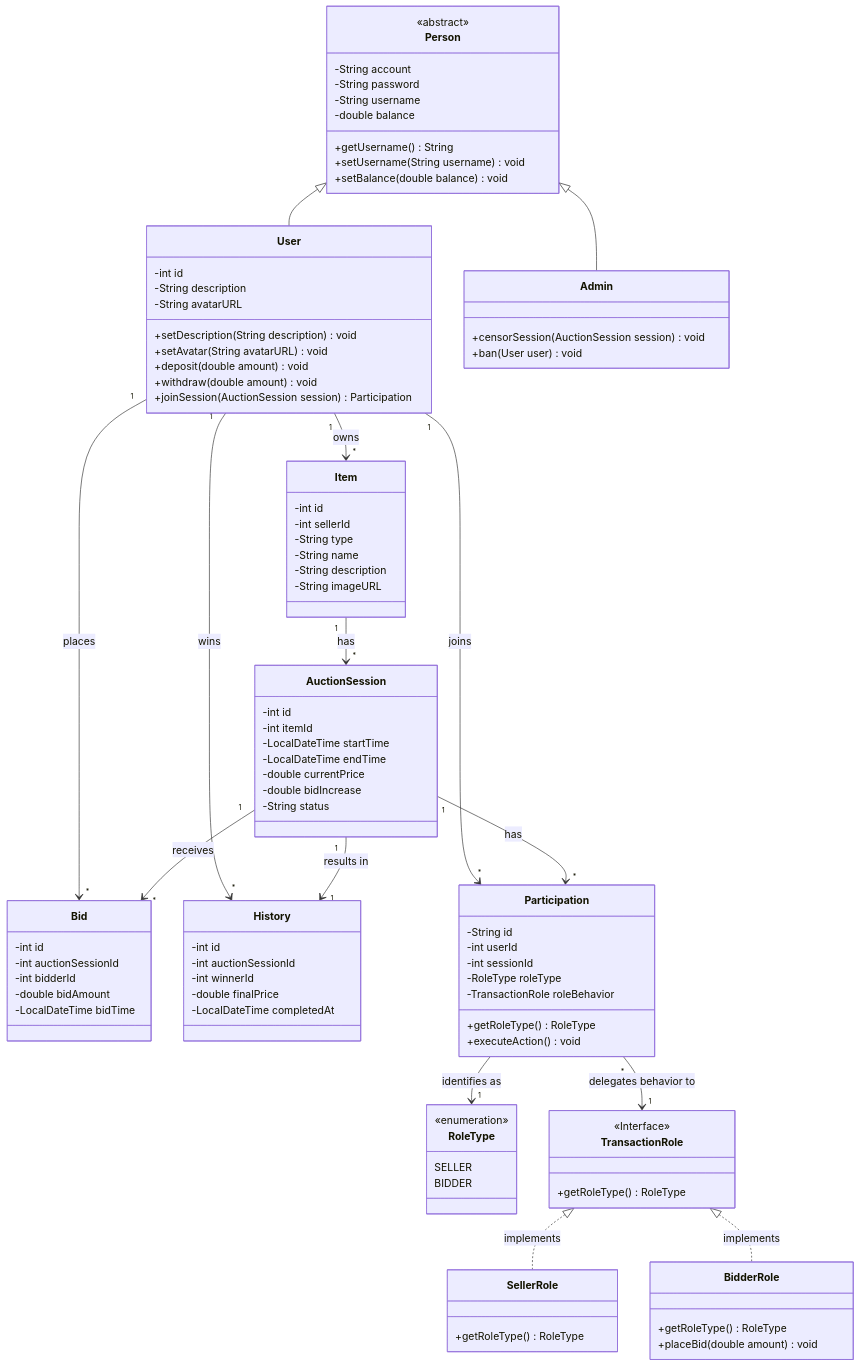
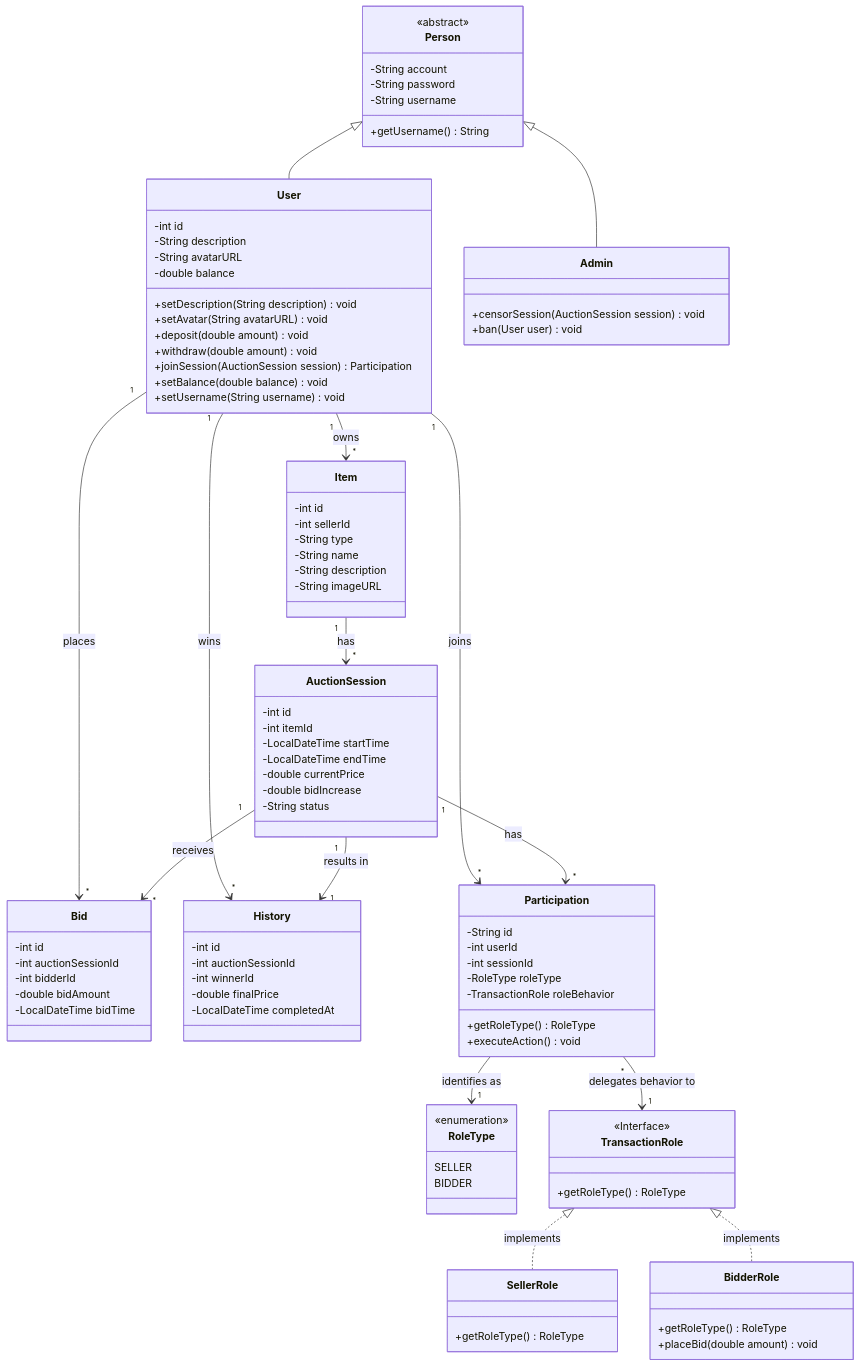
One commit to phudeptraibodoithe/Bai-tap-lon-nhom-6 changed the diagram in README.md. Above: the diagram before and after it, drawn with Mermaid. The commit also changed other lines of this file, not shown here.

Commit message:
sửa lại UML

```diff
--- a/README.md
+++ b/README.md
@@ -12,21 +12,21 @@
         -String account
         -String password
         -String username
-        -double balance
         +getUsername() String
-        +setUsername(String username) void
-        +setBalance(double balance) void
     }
 
     class User {
         -int id
         -String description
         -String avatarURL
+        -double balance
         +setDescription(String description) void
         +setAvatar(String avatarURL) void
         +deposit(double amount) void
         +withdraw(double amount) void
         +joinSession(AuctionSession session) Participation
+        +setBalance(double balance) void
+        +setUsername(String username) void
     }
 
     class Admin {
```
